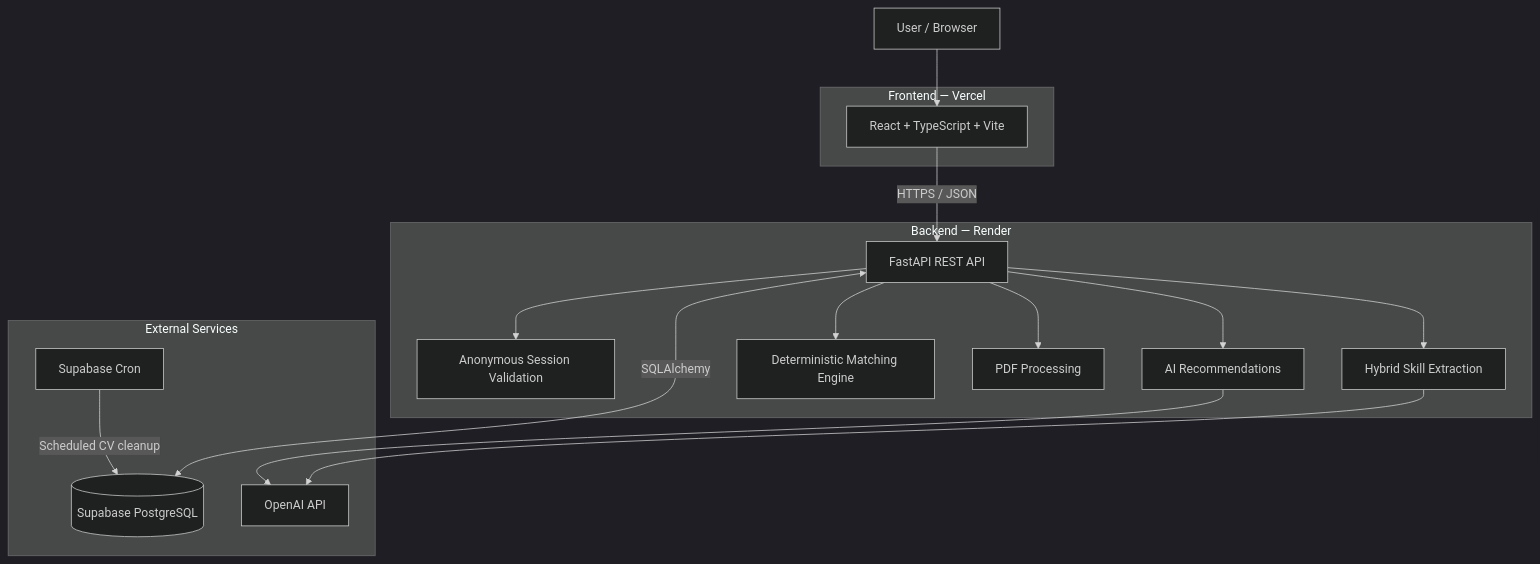
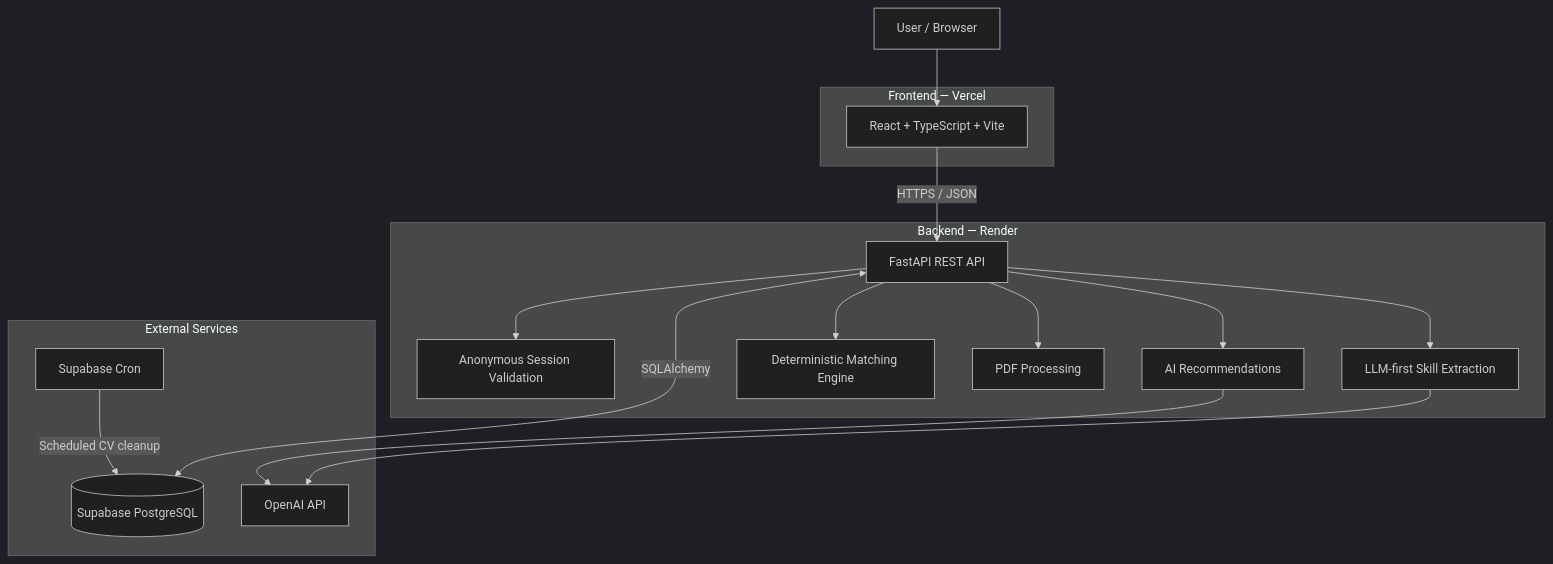
The diagram in README.md (calrabbaa/SkillLens), drawn with Mermaid (dark theme) before and after one commit. The commit also changed other lines of this file and 4 other files, not shown here.

````diff
--- a/README.md
+++ b/README.md
@@ -38,38 +56,38 @@
 ```mermaid
 flowchart TD
     User["User / Browser"]
 
     subgraph Frontend["Frontend — Vercel"]
         React["React + TypeScript + Vite"]
     end
 
     subgraph Backend["Backend — Render"]
         API["FastAPI REST API"]
         Sessions["Anonymous Session Validation"]
-        Extractor["Hybrid Skill Extraction"]
+        Extractor["LLM-first Skill Extraction"]
         Matcher["Deterministic Matching Engine"]
         PDF["PDF Processing"]
         Recommendations["AI Recommendations"]
     end
 
     subgraph External["External Services"]
         DB[("Supabase PostgreSQL")]
         OpenAI["OpenAI API"]
         Cron["Supabase Cron"]
     end
 
     User --> React
     React -->|"HTTPS / JSON"| API
 
     API --> Sessions
     API --> PDF
     API --> Extractor
     API --> Matcher
     API --> Recommendations
 
     Extractor --> OpenAI
     Recommendations --> OpenAI
 
     API <-->|"SQLAlchemy"| DB
     Cron -->|"Scheduled CV cleanup"| DB
 ```
````
